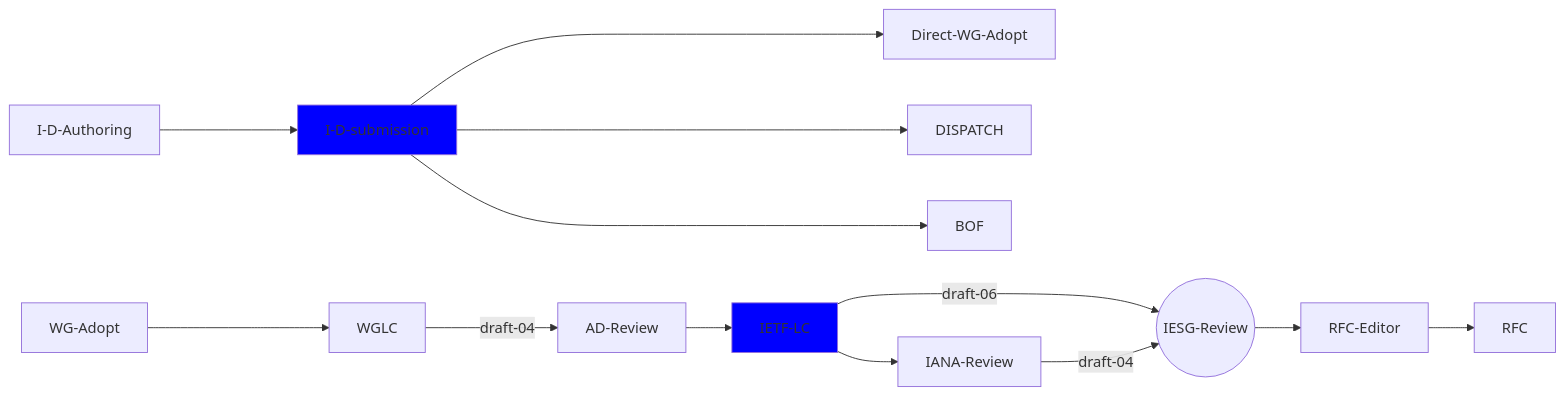
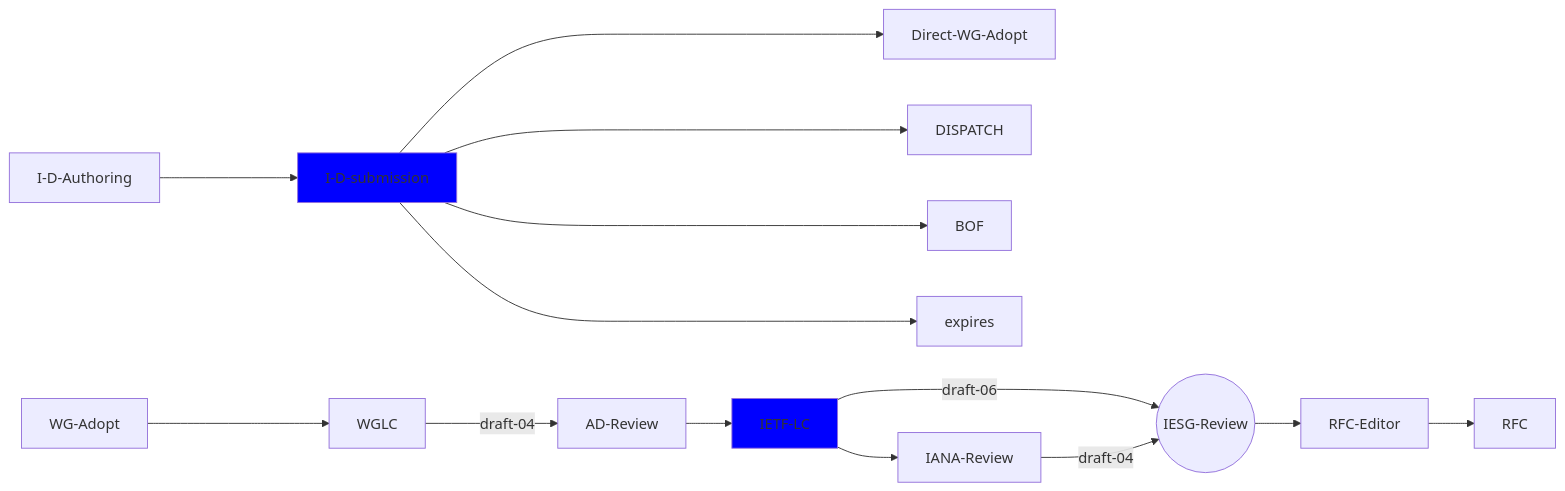
Before and after one commit to ghwood/ietf-i-d-process: the diagram in index.md, drawn with Mermaid.

````diff
--- a/index.md
+++ b/index.md
@@ -23,24 +23,25 @@
 ```mermaid
 graph LR
     classDef I-D-Authoring fill:orange
     classDef lastIETF fill:blue
     classDef I-D-submit fill:blue
     
     I-D-Authoring ----> I-D-submission
     class I-D-submission I-D-submit
     I-D-submission ----> Direct-WG-Adopt
     I-D-submission ----> DISPATCH
     I-D-submission ----> BOF
+    I-D-submission ----> expires
     WG-Adopt ----> WGLC
     WGLC --draft-04--> AD-Review
     AD-Review --> IETF-LC
     class IETF-LC lastIETF
     IETF-LC --> IANA-Review 
     IETF-LC --draft-06--> IESG-Review((IESG-Review))
     class IESG-Review current
     IANA-Review --draft-04--> IESG-Review
     IESG-Review --> RFC-Editor
     RFC-Editor --> RFC
 
 
 ```
````
